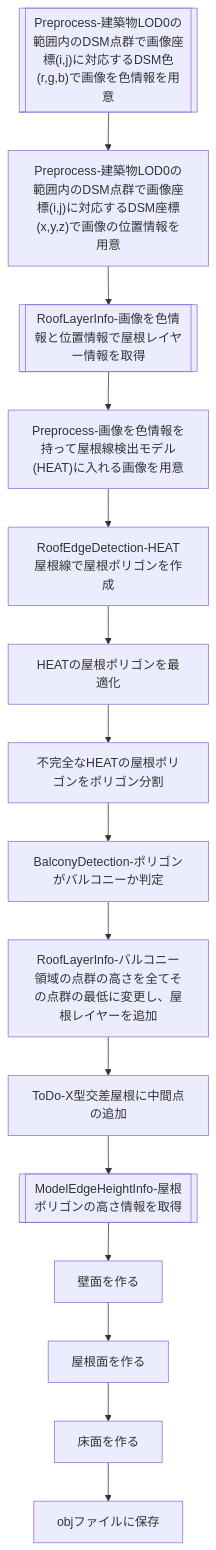
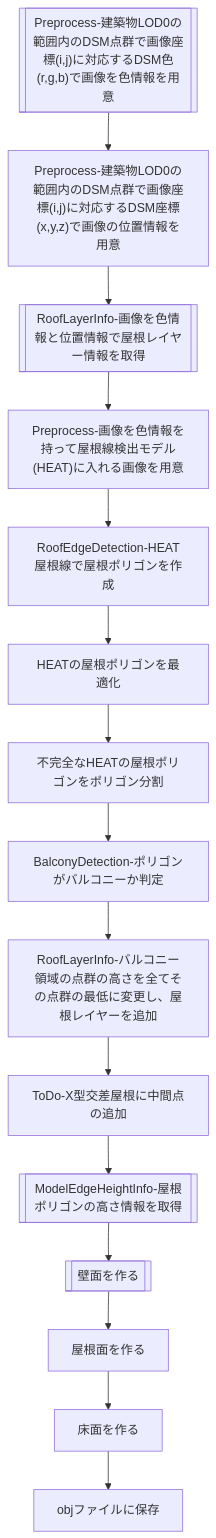
Before and after one commit to realglobe-Inc/bldg-lod2-tool-texture: the diagram in docs/tutorials/tools/bldg-lod2-tool/non-flat-model/README.md, drawn with Mermaid. The commit also changed other lines of this file and 7 other files, not shown here.

````diff
--- a/docs/tutorials/tools/bldg-lod2-tool/non-flat-model/README.md
+++ b/docs/tutorials/tools/bldg-lod2-tool/non-flat-model/README.md
@@ -7,33 +8,33 @@
 ```mermaid
 flowchart TB
   node_1[["Preprocess-建築物LOD0の範囲内のDSM点群で画像座標(i,j)に対応するDSM色(r,g,b)で画像を色情報を用意"]]
   node_2["Preprocess-建築物LOD0の範囲内のDSM点群で画像座標(i,j)に対応するDSM座標(x,y,z)で画像の位置情報を用意"]
   node_3[["RoofLayerInfo-画像を色情報と位置情報で屋根レイヤー情報を取得"]]
   node_4["Preprocess-画像を色情報を持って屋根線検出モデル(HEAT)に入れる画像を用意"]
   node_5["RoofEdgeDetection-HEAT屋根線で屋根ポリゴンを作成"]
   node_6["HEATの屋根ポリゴンを最適化"]
   node_7["不完全なHEATの屋根ポリゴンをポリゴン分割"]
   node_8["BalconyDetection-ポリゴンがバルコニーか判定"]
   node_9["RoofLayerInfo-バルコニー領域の点群の高さを全てその点群の最低に変更し、屋根レイヤーを追加"]
   node_10["ToDo-X型交差屋根に中間点の追加"]
   node_11[["ModelEdgeHeightInfo-屋根ポリゴンの高さ情報を取得"]]
-  node_12["壁面を作る"]
+  node_12[["壁面を作る"]]
   node_13["屋根面を作る"]
   node_14["床面を作る"]
   node_15["objファイルに保存"]
 
   node_1 --> node_2
   node_2 --> node_3
   node_3 --> node_4
   node_4 --> node_5
   node_5 --> node_6
   node_6 --> node_7
   node_7 --> node_8
   node_8 --> node_9
   node_9 --> node_10
   node_10 --> node_11
   node_11 --> node_12
   node_12 --> node_13
   node_13 --> node_14
   node_14 --> node_15
 ```
````
